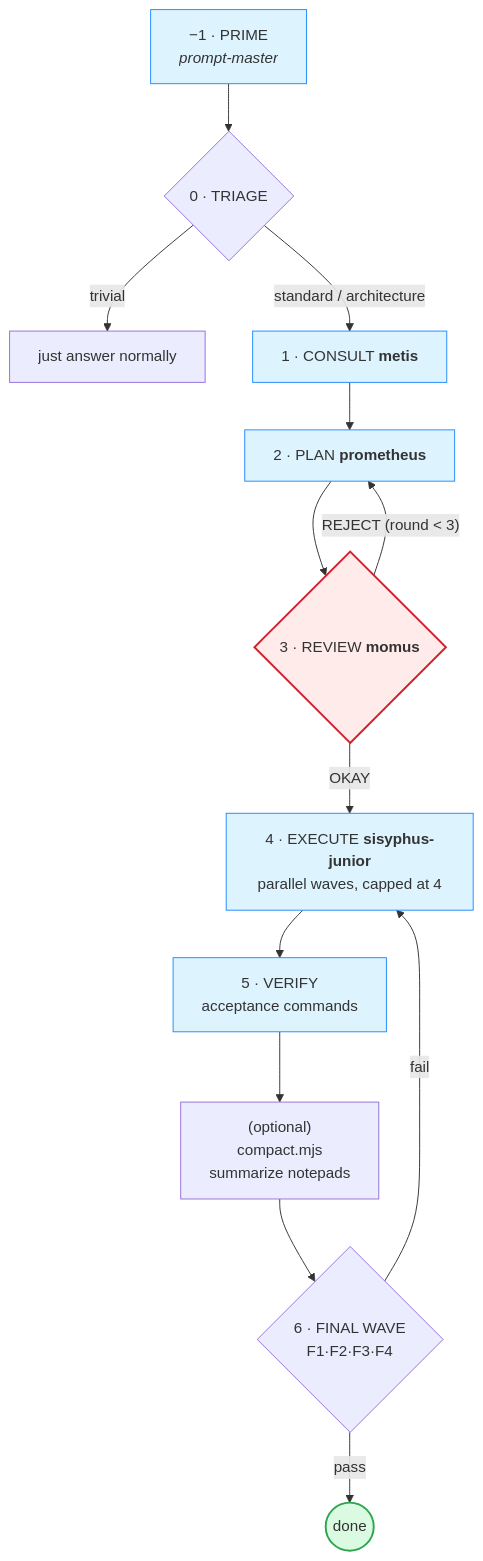
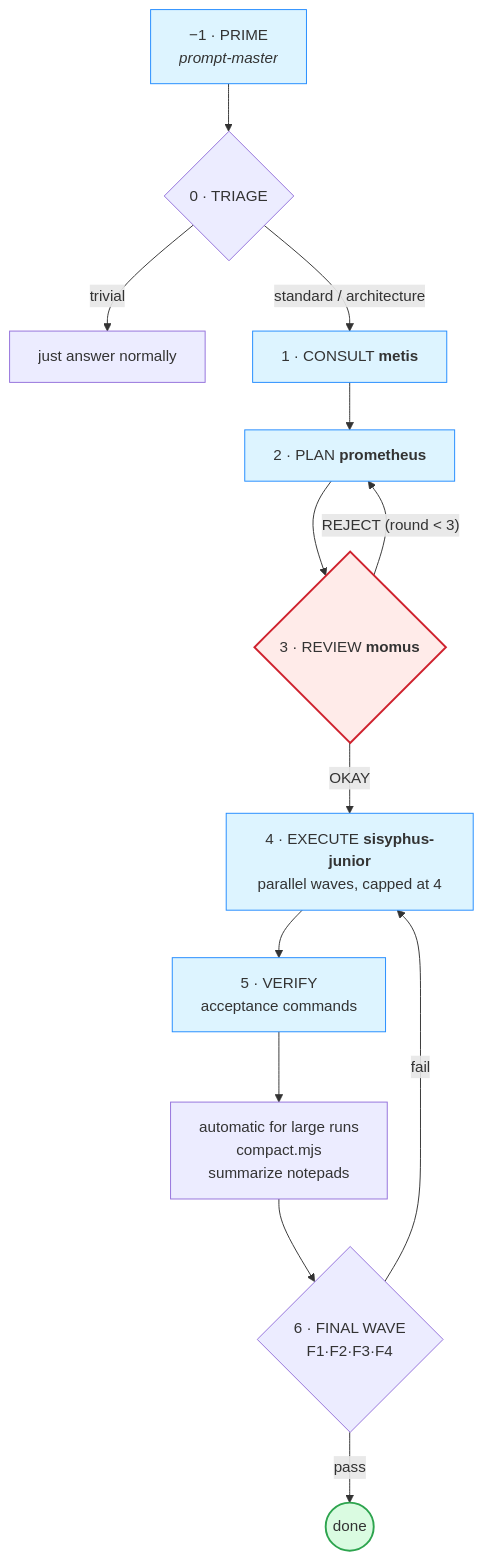
Before and after one commit to amartinawi/zodyssey: the first of 3 diagrams in README.md, drawn with Mermaid. The commit also changed other lines of this file and 31 other files, not shown here.

First line of the commit message:
feat(compaction): wire compact.mjs into final-phase entry (item 11, v0.6.10)

````diff
--- a/README.md
+++ b/README.md
@@ -49,21 +49,21 @@
 ```mermaid
 flowchart TD
     P["−1 · PRIME<br/><i>prompt-master</i>"] --> T{"0 · TRIAGE"}
     T -- trivial --> SKIP["just answer normally"]
     T -- standard / architecture --> C["1 · CONSULT <b>metis</b>"]
     C --> PL["2 · PLAN <b>prometheus</b>"]
     PL --> R{"3 · REVIEW <b>momus</b>"}
     R -- "REJECT (round < 3)" --> PL
     R -- OKAY --> E["4 · EXECUTE <b>sisyphus-junior</b><br/>parallel waves, capped at 4"]
     E --> V["5 · VERIFY<br/>acceptance commands"]
-    V --> CMP["(optional)<br/>compact.mjs<br/>summarize notepads"]
+    V --> CMP["automatic for large runs<br/>compact.mjs<br/>summarize notepads"]
     CMP --> F{"6 · FINAL WAVE<br/>F1·F2·F3·F4"}
     F -- pass --> DONE(("done"))
     F -- fail --> E
     classDef gate fill:#ffebe9,stroke:#cf222e,stroke-width:2px;
     classDef good fill:#dafbe1,stroke:#2da44e,stroke-width:2px;
     classDef phase fill:#ddf4ff,stroke:#218bff;
     class R gate;
     class DONE good;
     class C,PL,E,V,P phase;
 ```
````
